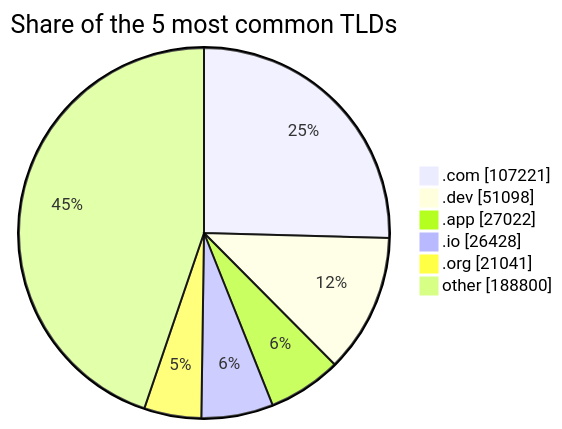
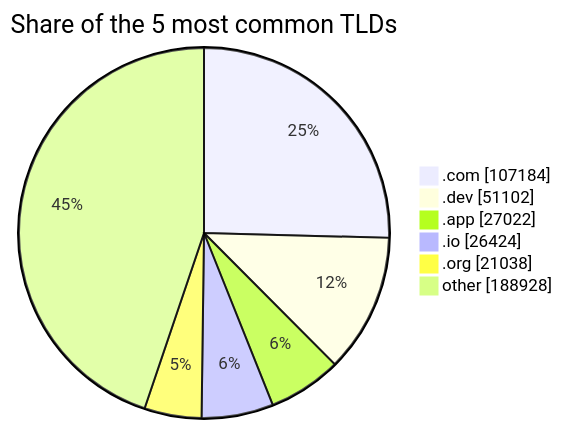
One commit to DNSBunker/CTI changed the third of 3 diagrams in README.md. Above: the diagram before and after it, drawn with Mermaid. The commit also changed other lines of this file and 3 other files, not shown here.

````diff
--- a/README.md
+++ b/README.md
@@ -81,9 +81,9 @@
 ```mermaid
 pie showData title Share of the 5 most common TLDs
-    ".com" : 107221
-    ".dev" : 51098
+    ".com" : 107184
+    ".dev" : 51102
     ".app" : 27022
-    ".io" : 26428
-    ".org" : 21041
-    "other" : 188800
+    ".io" : 26424
+    ".org" : 21038
+    "other" : 188928
 ```
````
